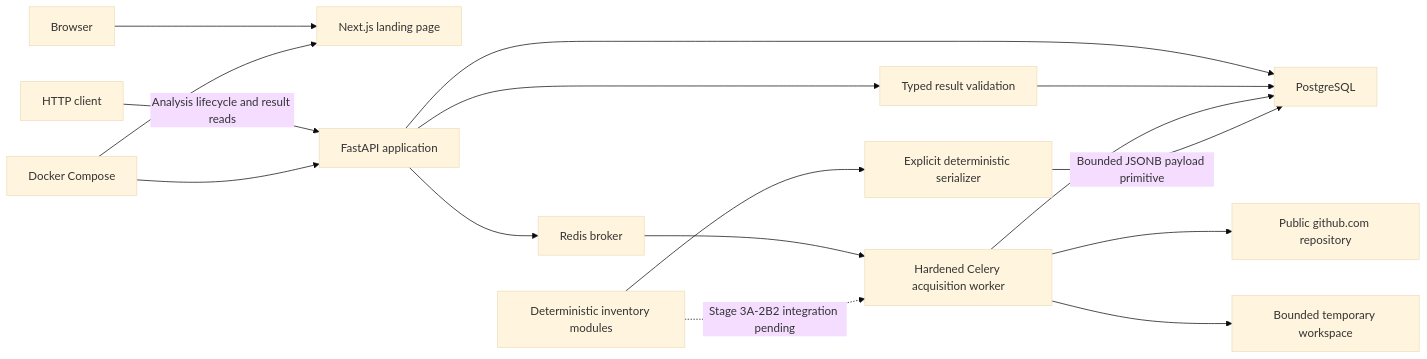
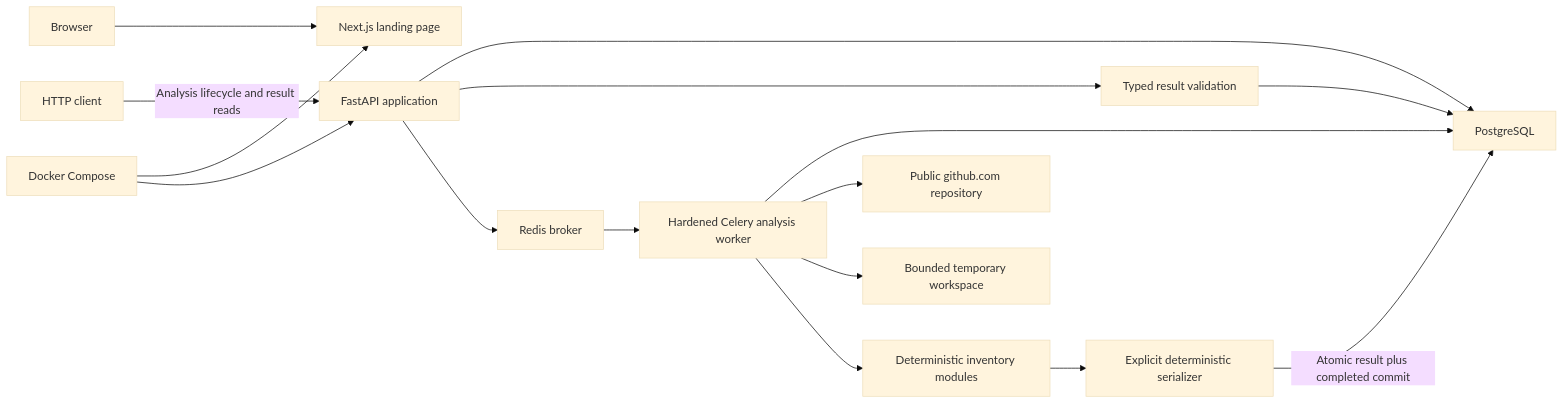
Before and after one commit to vedatbulucular/repolens: the first of 3 diagrams in docs/architecture.md, drawn with Mermaid (base theme). The commit also changed other lines of this file and 14 other files, not shown here.

Commit message:
feat(api): integrate inventory worker finalization

````diff
--- a/docs/architecture.md
+++ b/docs/architecture.md
@@ -26,18 +26,18 @@
 ```mermaid
 flowchart LR
     B["Browser"] --> W["Next.js landing page"]
     C["HTTP client"] -->|"Analysis lifecycle and result reads"| A["FastAPI application"]
     D["Docker Compose"] --> W
     D --> A
     A --> P["PostgreSQL"]
     A --> J["Typed result validation"]
     J --> P
     A --> R["Redis broker"]
-    R --> K["Hardened Celery acquisition worker"]
+    R --> K["Hardened Celery analysis worker"]
     K --> P
     K --> G["Public github.com repository"]
     K --> T["Bounded temporary workspace"]
-    E["Deterministic inventory modules"] -. "Stage 3A-2B2 integration pending" .-> K
+    K --> E["Deterministic inventory modules"]
     E --> S["Explicit deterministic serializer"]
-    S -->|"Bounded JSONB payload primitive"| P
+    S -->|"Atomic result plus completed commit"| P
 ```
````
